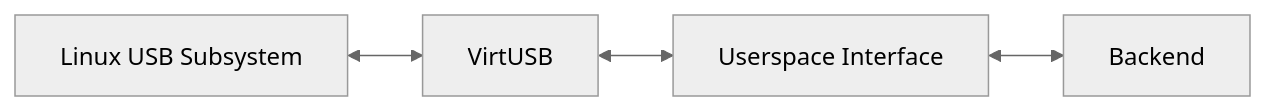
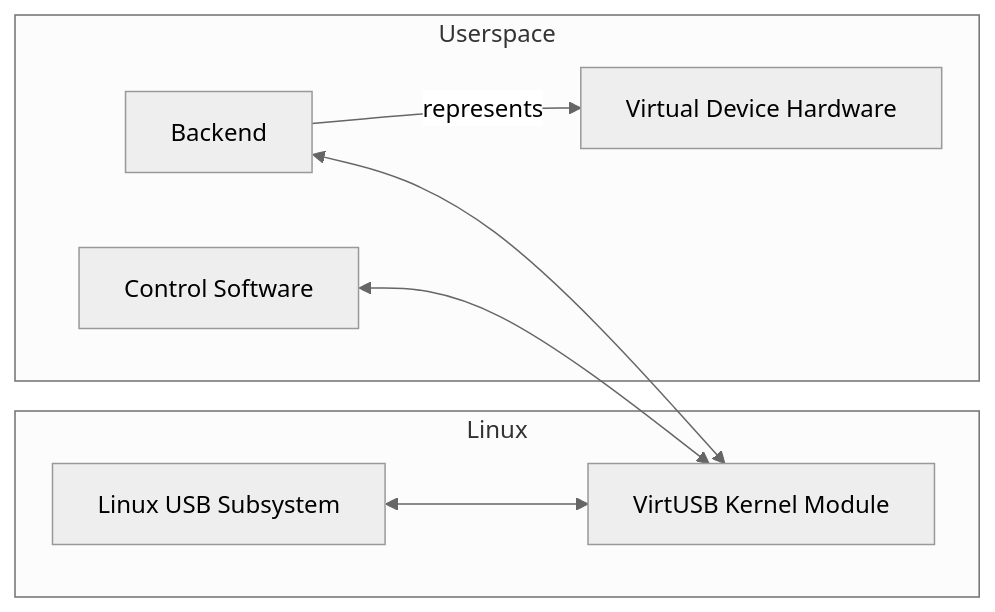
Before and after one commit to RomanBuchert/VirtUSB: the first of 4 diagrams in doc/requirements/system-requirements.md, drawn with Mermaid (neutral theme). The commit also changed other lines of this file and 6 other files, not shown here.

First line of the commit message:
docs: refine architecture and requirements documentation (WIP)

````diff
--- a/doc/requirements/system-requirements.md
+++ b/doc/requirements/system-requirements.md
@@ -134,11 +78,18 @@
 ```mermaid
 flowchart LR
-   linux["Linux USB Subsystem"]
-   virt["VirtUSB"]
-   iface["Userspace Interface"]
-   backend["Backend"]
+   subgraph linux["Linux"]
+      usb["Linux USB Subsystem"]
+      virtusb["VirtUSB Kernel Module"]
+   end
 
-   linux <--> virt
-   virt <--> iface
-   iface <--> backend
+   subgraph userspace["Userspace"]
+      control["Control Software"]
+      backend["Backend"]
+      hardware["Virtual Device Hardware"]
+   end
+
+   usb <--> virtusb
+   control <--> virtusb
+   backend <--> virtusb
+   backend -->|"represents"| hardware
 ```
````
